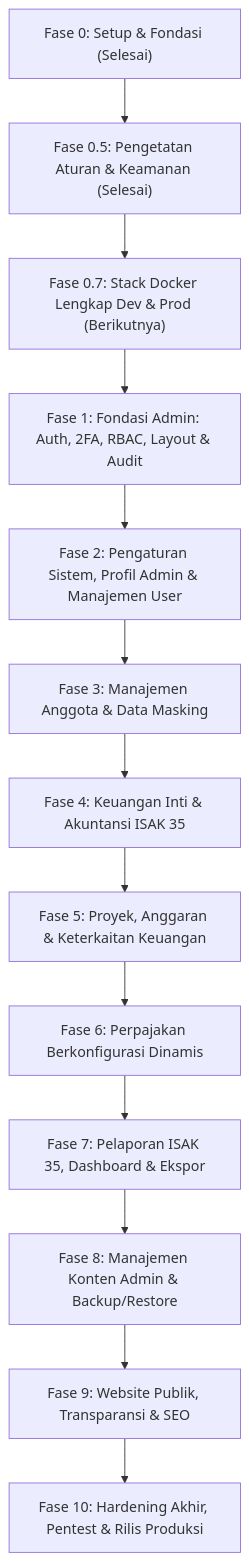
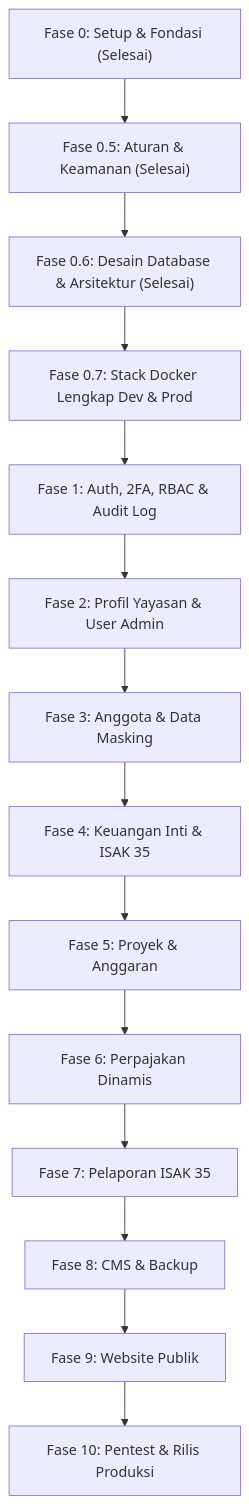
Before and after one commit to SunnFlower47/yayasan-nurjaman: the diagram in docs/MASTER-PLAN.md, drawn with Mermaid. The commit also changed other lines of this file and 29 other files, not shown here.

Commit message:
docs(database): penyelesaian fase 0.6 spesifikasi basis data, konvensi, erd, dan bukti ddl [ID: 0012]

````diff
--- a/docs/MASTER-PLAN.md
+++ b/docs/MASTER-PLAN.md
@@ -41,15 +33,16 @@
 ```mermaid
 flowchart TD
-    F0["Fase 0: Setup & Fondasi (Selesai)"] --> F05["Fase 0.5: Pengetatan Aturan & Keamanan (Selesai)"]
-    F05 --> F07["Fase 0.7: Stack Docker Lengkap Dev & Prod (Berikutnya)"]
-    F07 --> F1["Fase 1: Fondasi Admin: Auth, 2FA, RBAC, Layout & Audit"]
-    F1 --> F2["Fase 2: Pengaturan Sistem, Profil Admin & Manajemen User"]
-    F2 --> F3["Fase 3: Manajemen Anggota & Data Masking"]
-    F3 --> F4["Fase 4: Keuangan Inti & Akuntansi ISAK 35"]
-    F4 --> F5["Fase 5: Proyek, Anggaran & Keterkaitan Keuangan"]
-    F5 --> F6["Fase 6: Perpajakan Berkonfigurasi Dinamis"]
-    F6 --> F7["Fase 7: Pelaporan ISAK 35, Dashboard & Ekspor"]
-    F7 --> F8["Fase 8: Manajemen Konten Admin & Backup/Restore"]
-    F8 --> F9["Fase 9: Website Publik, Transparansi & SEO"]
-    F9 --> F10["Fase 10: Hardening Akhir, Pentest & Rilis Produksi"]
+    F0["Fase 0: Setup & Fondasi (Selesai)"] --> F05["Fase 0.5: Aturan & Keamanan (Selesai)"]
+    F05 --> F06["Fase 0.6: Desain Database & Arsitektur (Selesai)"]
+    F06 --> F07["Fase 0.7: Stack Docker Lengkap Dev & Prod"]
+    F07 --> F1["Fase 1: Auth, 2FA, RBAC & Audit Log"]
+    F1 --> F2["Fase 2: Profil Yayasan & User Admin"]
+    F2 --> F3["Fase 3: Anggota & Data Masking"]
+    F3 --> F4["Fase 4: Keuangan Inti & ISAK 35"]
+    F4 --> F5["Fase 5: Proyek & Anggaran"]
+    F5 --> F6["Fase 6: Perpajakan Dinamis"]
+    F6 --> F7["Fase 7: Pelaporan ISAK 35"]
+    F7 --> F8["Fase 8: CMS & Backup"]
+    F8 --> F9["Fase 9: Website Publik"]
+    F9 --> F10["Fase 10: Pentest & Rilis Produksi"]
 ```
````
